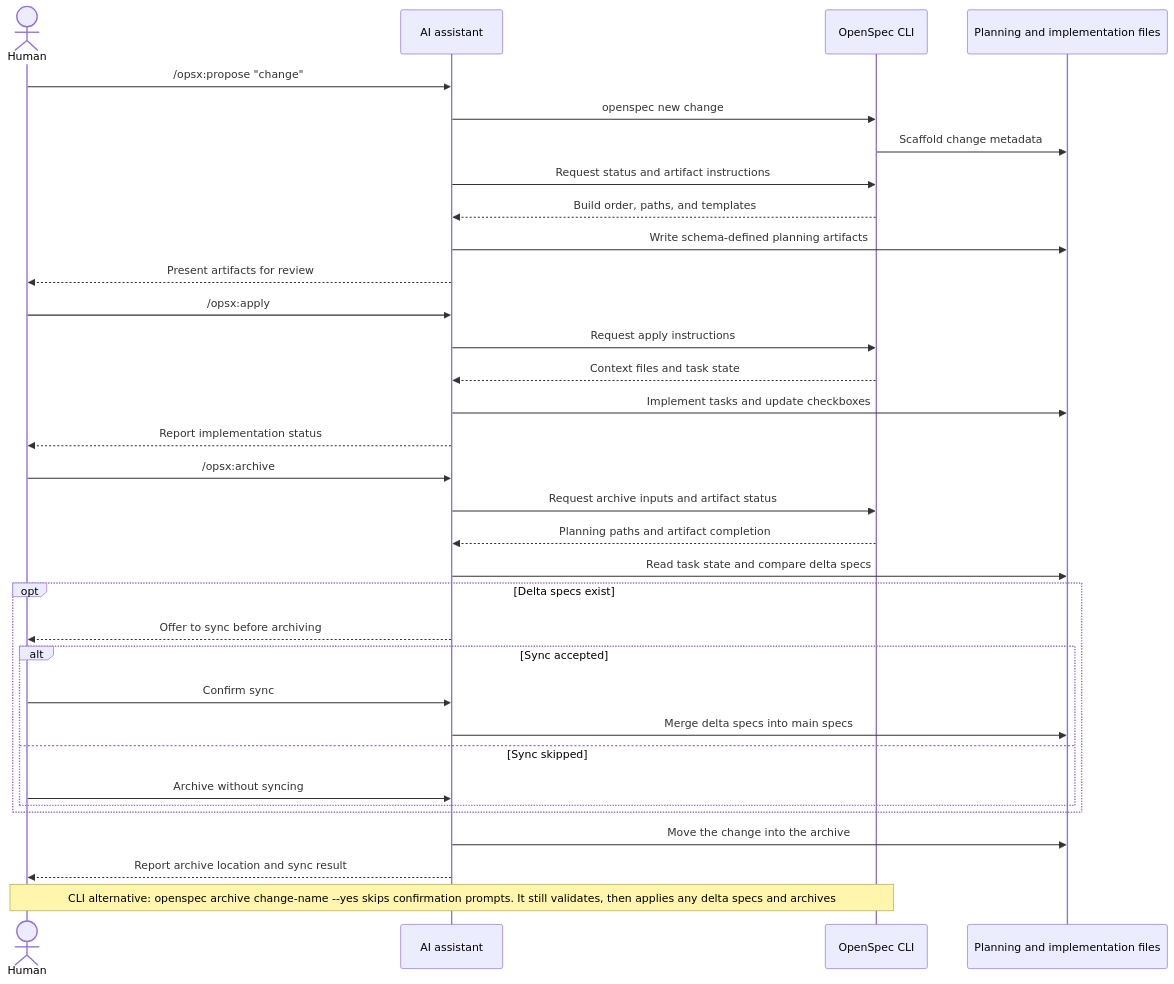
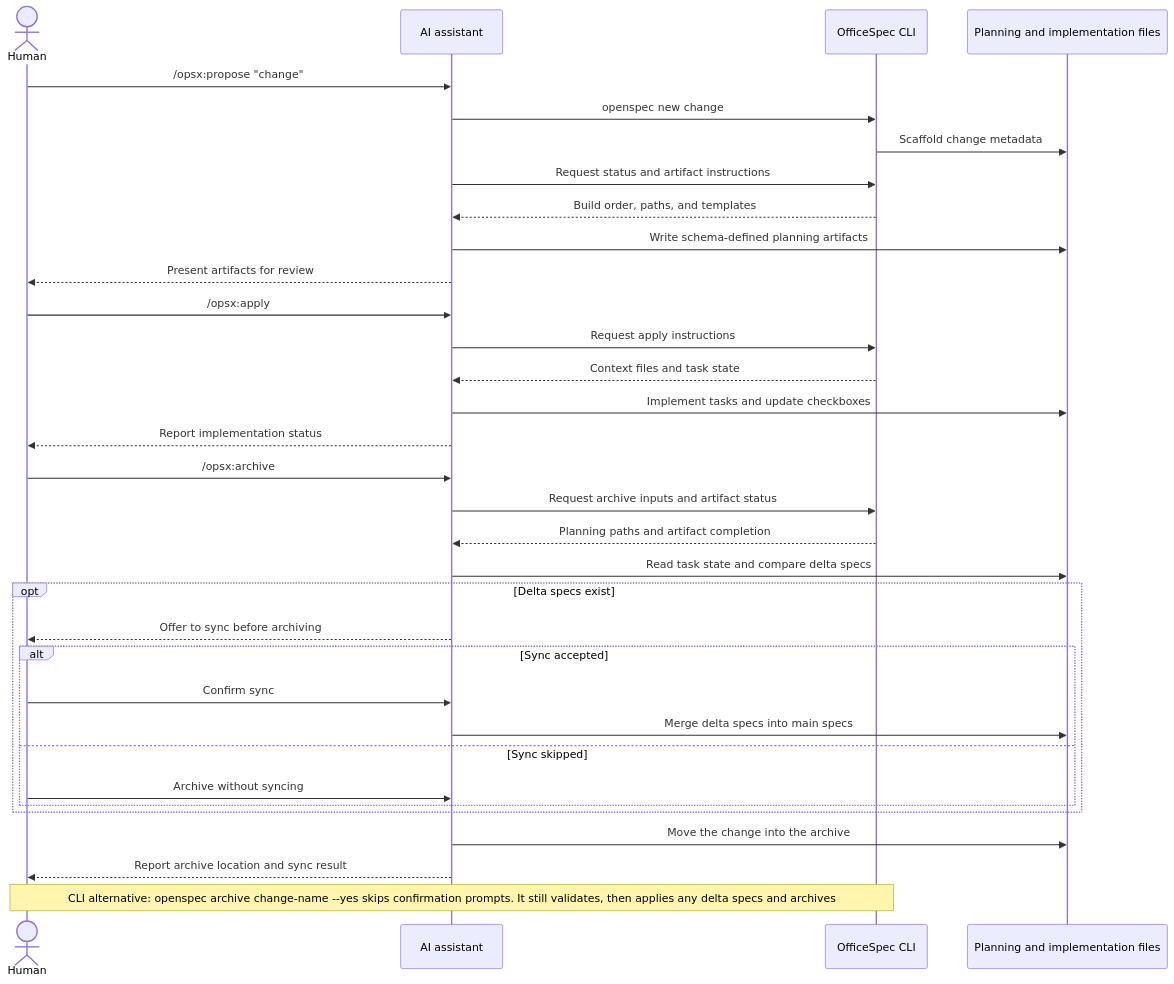
One commit to joelsebbu/cursor-projects changed the second of 2 diagrams in docs/workflows.md. Above: the diagram before and after it, drawn with Mermaid. The commit also changed other lines of this file and 471 other files, not shown here.

First line of the commit message:
Rename variant to OfficeSpec, keep technical names compatible

````diff
--- a/docs/workflows.md
+++ b/docs/workflows.md
@@ -60,39 +60,39 @@
 ```mermaid
 sequenceDiagram
     actor Human
     participant Assistant as AI assistant
-    participant CLI as OpenSpec CLI
+    participant CLI as OfficeSpec CLI
     participant Files as Planning and implementation files
 
     Human->>Assistant: /opsx:propose "change"
     Assistant->>CLI: openspec new change
     CLI->>Files: Scaffold change metadata
     Assistant->>CLI: Request status and artifact instructions
     CLI-->>Assistant: Build order, paths, and templates
     Assistant->>Files: Write schema-defined planning artifacts
     Assistant-->>Human: Present artifacts for review
 
     Human->>Assistant: /opsx:apply
     Assistant->>CLI: Request apply instructions
     CLI-->>Assistant: Context files and task state
     Assistant->>Files: Implement tasks and update checkboxes
     Assistant-->>Human: Report implementation status
 
     Human->>Assistant: /opsx:archive
     Assistant->>CLI: Request archive inputs and artifact status
     CLI-->>Assistant: Planning paths and artifact completion
     Assistant->>Files: Read task state and compare delta specs
     opt Delta specs exist
         Assistant-->>Human: Offer to sync before archiving
         alt Sync accepted
             Human->>Assistant: Confirm sync
             Assistant->>Files: Merge delta specs into main specs
         else Sync skipped
             Human->>Assistant: Archive without syncing
         end
     end
     Assistant->>Files: Move the change into the archive
     Assistant-->>Human: Report archive location and sync result
 
     Note over Human,CLI: CLI alternative: openspec archive change-name --yes skips confirmation prompts. It still validates, then applies any delta specs and archives
 ```
````
